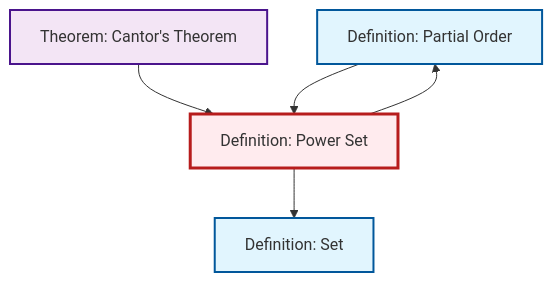
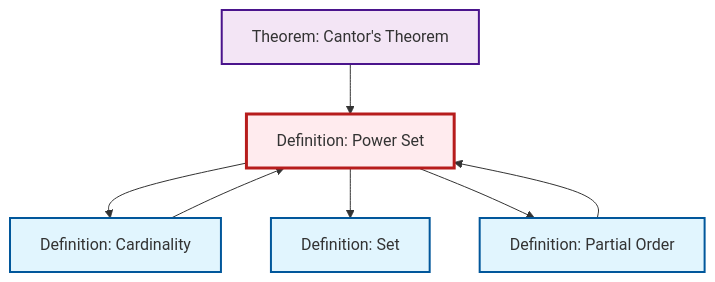
One commit to RK0429/ModernMath changed the second of 2 diagrams in content/en/logic-set-theory/def-power-set.qmd. Above: the diagram before and after it, drawn with Mermaid. The commit also changed 581 other files, not shown here.

````diff
--- a/content/en/logic-set-theory/def-power-set.qmd
+++ b/content/en/logic-set-theory/def-power-set.qmd
@@ -69,21 +69,25 @@
 ```{mermaid}
 %%| fig-cap: "Local dependency graph"
 graph TD
     classDef definition fill:#e1f5fe,stroke:#01579b,stroke-width:2px
     classDef theorem fill:#f3e5f5,stroke:#4a148c,stroke-width:2px
     classDef axiom fill:#fff3e0,stroke:#e65100,stroke-width:2px
     classDef example fill:#e8f5e9,stroke:#1b5e20,stroke-width:2px
     classDef current fill:#ffebee,stroke:#b71c1c,stroke-width:3px
+    thm-cantor["Theorem: Cantor's Theorem"]:::theorem
     def-partial-order["Definition: Partial Order"]:::definition
     def-power-set["Definition: Power Set"]:::definition
+    def-cardinality["Definition: Cardinality"]:::definition
     def-set["Definition: Set"]:::definition
-    thm-cantor["Theorem: Cantor's Theorem"]:::theorem
+    def-cardinality --> def-power-set
     thm-cantor --> def-power-set
-    def-partial-order --> def-power-set
+    def-power-set --> def-cardinality
     def-power-set --> def-set
     def-power-set --> def-partial-order
+    def-partial-order --> def-power-set
     class def-power-set current
+    click thm-cantor "thm-cantor.html" "Go to Cantor's Theorem theorem"
     click def-partial-order "def-partial-order.html" "Go to Partial Order definition"
+    click def-cardinality "def-cardinality.html" "Go to Cardinality definition"
     click def-set "def-set.html" "Go to Set definition"
-    click thm-cantor "thm-cantor.html" "Go to Cantor's Theorem theorem"
 ```
````
